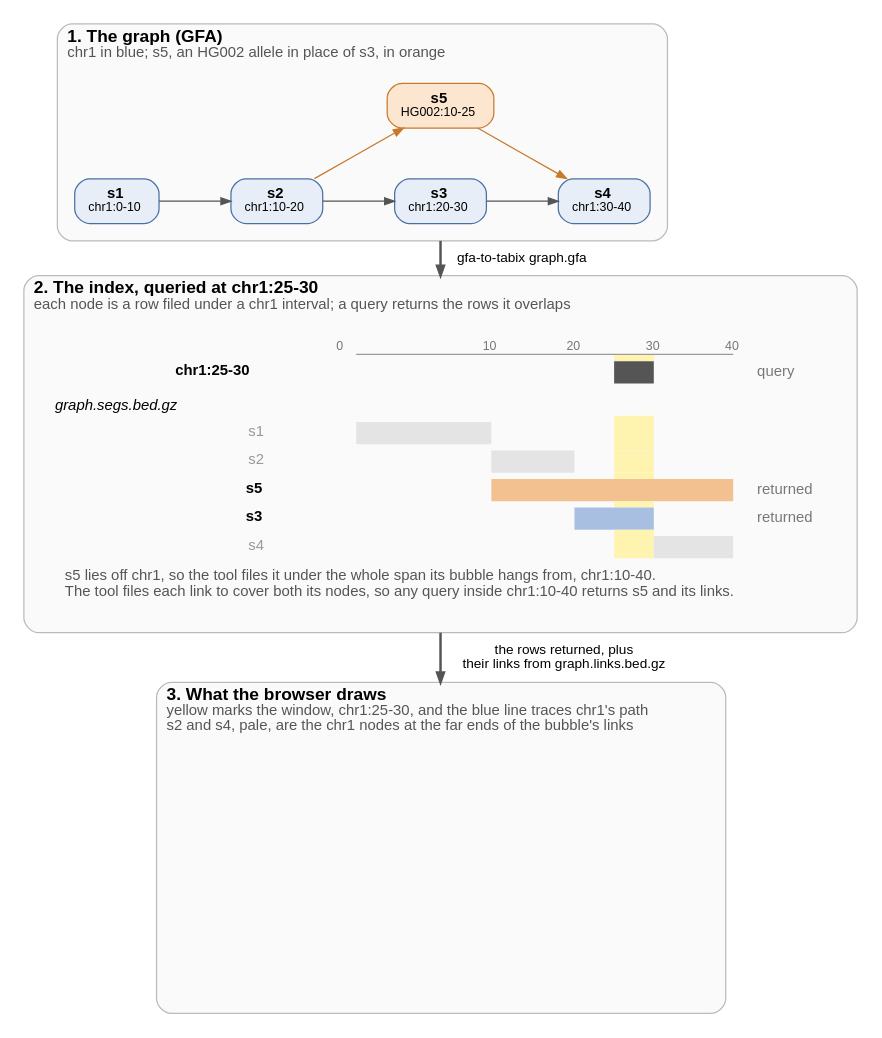
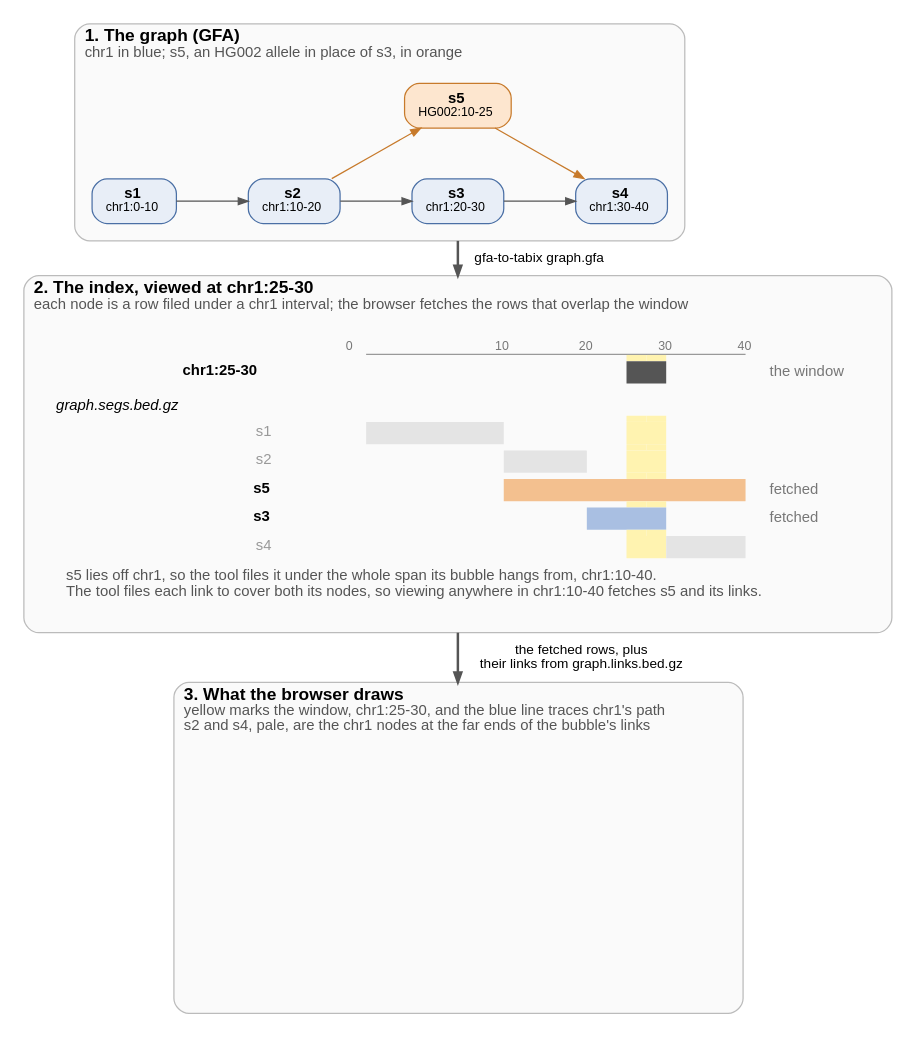
Before and after one commit to GMOD/gfa-to-tabix: the diagram in docs/figures/overview.dot, drawn with Graphviz. The commit also changed 5 other files, not shown here.

First line of the commit message:
Overview figures: say the browser fetches rows to view a window

```diff
--- a/docs/figures/overview.dot
+++ b/docs/figures/overview.dot
@@ -1,73 +1,73 @@
 // scripts/figures.py fills the marked rows from the tool's output and draws this figure
 digraph overview {
   bgcolor="white"
   fontname="Helvetica"
   newrank=true
   compound=true
   nodesep=0.4
   ranksep=0.55
   node [fontname="Helvetica", fontsize=12, shape=box, style="filled,rounded", fillcolor="#e8eef7", color="#4a6fa5", margin="0.15,0.06"]
   edge [fontname="Helvetica", fontsize=11, color="#555555", arrowsize=0.8]
 
   subgraph {
     graph [labeljust=l, fontsize=14, color="#bbbbbb", style="rounded,filled", fillcolor="#fafafa", margin=14]
 
     subgraph cluster_graph {
       label=<<B>1. The graph (GFA)</B><BR ALIGN="LEFT"/><FONT POINT-SIZE="12" COLOR="#555555">chr1 in blue; s5, an HG002 allele in place of s3, in orange</FONT><BR ALIGN="LEFT"/>>
       // begin graph
       s1 [label=<<B>s1</B><BR/><FONT POINT-SIZE="10">chr1:0-10</FONT>>]
       s2 [label=<<B>s2</B><BR/><FONT POINT-SIZE="10">chr1:10-20</FONT>>]
       s3 [label=<<B>s3</B><BR/><FONT POINT-SIZE="10">chr1:20-30</FONT>>]
       s4 [label=<<B>s4</B><BR/><FONT POINT-SIZE="10">chr1:30-40</FONT>>]
       s5 [label=<<B>s5</B><BR/><FONT POINT-SIZE="10">HG002:10-25</FONT>>, fillcolor="#fde6cf", color="#c77a2b"]
       {rank=same; s1; s2; s3; s4}
       s1 -> s2 [weight=20]
       s2 -> s3 [weight=20]
       s2 -> s5 [color="#c77a2b", constraint=false]
       s3 -> s4 [weight=20]
       s5 -> s4 [color="#c77a2b", constraint=false]
       s5 -> s3 [style=invis, weight=20]
       // end graph
     }
 
     subgraph cluster_query {
-      label=<<B>2. The index, queried at chr1:25-30</B><BR ALIGN="LEFT"/><FONT POINT-SIZE="12" COLOR="#555555">each node is a row filed under a chr1 interval; a query returns the rows it overlaps</FONT><BR ALIGN="LEFT"/>>
+      label=<<B>2. The index, viewed at chr1:25-30</B><BR ALIGN="LEFT"/><FONT POINT-SIZE="12" COLOR="#555555">each node is a row filed under a chr1 interval; the browser fetches the rows that overlap the window</FONT><BR ALIGN="LEFT"/>>
       hits [shape=plaintext, style="", label=<
         <TABLE BORDER="0" CELLBORDER="0" CELLSPACING="0" CELLPADDING="0">
           <!-- begin lanes -->
           <TR><TD></TD><TD WIDTH="16"></TD><TD WIDTH="16"></TD><TD WIDTH="16"></TD><TD WIDTH="16"></TD><TD WIDTH="16"></TD><TD WIDTH="16"></TD><TD WIDTH="16"></TD><TD WIDTH="16"></TD><TD WIDTH="16"></TD><TD WIDTH="16"></TD><TD WIDTH="16"></TD><TD WIDTH="16"></TD><TD WIDTH="16"></TD><TD WIDTH="16"></TD><TD WIDTH="16"></TD><TD WIDTH="16"></TD><TD WIDTH="16"></TD><TD WIDTH="16"></TD><TD></TD></TR>
           <TR><TD></TD><TD COLSPAN="2"><FONT POINT-SIZE="10" COLOR="#777777">0</FONT></TD><TD COLSPAN="2"></TD><TD COLSPAN="2"><FONT POINT-SIZE="10" COLOR="#777777">10</FONT></TD><TD COLSPAN="2"></TD><TD COLSPAN="2"><FONT POINT-SIZE="10" COLOR="#777777">20</FONT></TD><TD COLSPAN="2"></TD><TD COLSPAN="2"><FONT POINT-SIZE="10" COLOR="#777777">30</FONT></TD><TD COLSPAN="2"></TD><TD COLSPAN="2"><FONT POINT-SIZE="10" COLOR="#777777">40</FONT></TD><TD></TD></TR>
           <TR><TD HEIGHT="1"></TD><TD></TD><TD COLSPAN="16" BGCOLOR="#999999"></TD><TD></TD><TD></TD></TR>
           <TR><TD HEIGHT="5"></TD><TD></TD><TD></TD><TD></TD><TD></TD><TD></TD><TD></TD><TD></TD><TD></TD><TD></TD><TD></TD><TD></TD><TD BGCOLOR="#fff3b0"></TD><TD BGCOLOR="#fff3b0"></TD><TD></TD><TD></TD><TD></TD><TD></TD><TD></TD><TD></TD></TR>
-          <TR><TD ALIGN="RIGHT" HEIGHT="18"><B>chr1:25-30</B>  </TD><TD></TD><TD COLSPAN="10"></TD><TD COLSPAN="2" BGCOLOR="#555555"></TD><TD COLSPAN="4"></TD><TD></TD><TD ALIGN="LEFT"><FONT POINT-SIZE="12" COLOR="#777777">  query</FONT></TD></TR>
+          <TR><TD ALIGN="RIGHT" HEIGHT="18"><B>chr1:25-30</B>  </TD><TD></TD><TD COLSPAN="10"></TD><TD COLSPAN="2" BGCOLOR="#555555"></TD><TD COLSPAN="4"></TD><TD></TD><TD ALIGN="LEFT"><FONT POINT-SIZE="12" COLOR="#777777">  the window</FONT></TD></TR>
           <TR><TD COLSPAN="20" ALIGN="LEFT" HEIGHT="26" VALIGN="BOTTOM"><I>graph.segs.bed.gz</I></TD></TR>
           <TR><TD HEIGHT="5"></TD><TD></TD><TD></TD><TD></TD><TD></TD><TD></TD><TD></TD><TD></TD><TD></TD><TD></TD><TD></TD><TD></TD><TD BGCOLOR="#fff3b0"></TD><TD BGCOLOR="#fff3b0"></TD><TD></TD><TD></TD><TD></TD><TD></TD><TD></TD><TD></TD></TR>
           <TR><TD ALIGN="RIGHT" HEIGHT="18"><FONT COLOR="#999999">s1</FONT>  </TD><TD></TD><TD COLSPAN="4" BGCOLOR="#e4e4e4"></TD><TD COLSPAN="6"></TD><TD COLSPAN="2" BGCOLOR="#fff3b0"></TD><TD COLSPAN="4"></TD><TD></TD><TD ALIGN="LEFT"></TD></TR>
           <TR><TD HEIGHT="5"></TD><TD></TD><TD></TD><TD></TD><TD></TD><TD></TD><TD></TD><TD></TD><TD></TD><TD></TD><TD></TD><TD></TD><TD BGCOLOR="#fff3b0"></TD><TD BGCOLOR="#fff3b0"></TD><TD></TD><TD></TD><TD></TD><TD></TD><TD></TD><TD></TD></TR>
           <TR><TD ALIGN="RIGHT" HEIGHT="18"><FONT COLOR="#999999">s2</FONT>  </TD><TD></TD><TD COLSPAN="4"></TD><TD COLSPAN="4" BGCOLOR="#e4e4e4"></TD><TD COLSPAN="2"></TD><TD COLSPAN="2" BGCOLOR="#fff3b0"></TD><TD COLSPAN="4"></TD><TD></TD><TD ALIGN="LEFT"></TD></TR>
           <TR><TD HEIGHT="5"></TD><TD></TD><TD></TD><TD></TD><TD></TD><TD></TD><TD></TD><TD></TD><TD></TD><TD></TD><TD></TD><TD></TD><TD BGCOLOR="#fff3b0"></TD><TD BGCOLOR="#fff3b0"></TD><TD></TD><TD></TD><TD></TD><TD></TD><TD></TD><TD></TD></TR>
-          <TR><TD ALIGN="RIGHT" HEIGHT="18"><B>s5</B>  </TD><TD></TD><TD COLSPAN="4"></TD><TD COLSPAN="12" BGCOLOR="#f3c08f"></TD><TD></TD><TD ALIGN="LEFT"><FONT POINT-SIZE="12" COLOR="#777777">  returned</FONT></TD></TR>
+          <TR><TD ALIGN="RIGHT" HEIGHT="18"><B>s5</B>  </TD><TD></TD><TD COLSPAN="4"></TD><TD COLSPAN="12" BGCOLOR="#f3c08f"></TD><TD></TD><TD ALIGN="LEFT"><FONT POINT-SIZE="12" COLOR="#777777">  fetched</FONT></TD></TR>
           <TR><TD HEIGHT="5"></TD><TD></TD><TD></TD><TD></TD><TD></TD><TD></TD><TD></TD><TD></TD><TD></TD><TD></TD><TD></TD><TD></TD><TD BGCOLOR="#fff3b0"></TD><TD BGCOLOR="#fff3b0"></TD><TD></TD><TD></TD><TD></TD><TD></TD><TD></TD><TD></TD></TR>
-          <TR><TD ALIGN="RIGHT" HEIGHT="18"><B>s3</B>  </TD><TD></TD><TD COLSPAN="8"></TD><TD COLSPAN="4" BGCOLOR="#a9bfe2"></TD><TD COLSPAN="4"></TD><TD></TD><TD ALIGN="LEFT"><FONT POINT-SIZE="12" COLOR="#777777">  returned</FONT></TD></TR>
+          <TR><TD ALIGN="RIGHT" HEIGHT="18"><B>s3</B>  </TD><TD></TD><TD COLSPAN="8"></TD><TD COLSPAN="4" BGCOLOR="#a9bfe2"></TD><TD COLSPAN="4"></TD><TD></TD><TD ALIGN="LEFT"><FONT POINT-SIZE="12" COLOR="#777777">  fetched</FONT></TD></TR>
           <TR><TD HEIGHT="5"></TD><TD></TD><TD></TD><TD></TD><TD></TD><TD></TD><TD></TD><TD></TD><TD></TD><TD></TD><TD></TD><TD></TD><TD BGCOLOR="#fff3b0"></TD><TD BGCOLOR="#fff3b0"></TD><TD></TD><TD></TD><TD></TD><TD></TD><TD></TD><TD></TD></TR>
           <TR><TD ALIGN="RIGHT" HEIGHT="18"><FONT COLOR="#999999">s4</FONT>  </TD><TD></TD><TD COLSPAN="10"></TD><TD COLSPAN="2" BGCOLOR="#fff3b0"></TD><TD COLSPAN="4" BGCOLOR="#e4e4e4"></TD><TD></TD><TD ALIGN="LEFT"></TD></TR>
           <!-- end lanes -->
           <!-- begin caption -->
-          <TR><TD BORDER="0" CELLPADDING="8" COLSPAN="20" ALIGN="LEFT" BALIGN="LEFT"><FONT POINT-SIZE="12" COLOR="#555555">s5 lies off chr1, so the tool files it under the whole span its bubble hangs from, chr1:10-40.<BR/>The tool files each link to cover both its nodes, so any query inside chr1:10-40 returns s5 and its links.</FONT></TD></TR>
+          <TR><TD BORDER="0" CELLPADDING="8" COLSPAN="20" ALIGN="LEFT" BALIGN="LEFT"><FONT POINT-SIZE="12" COLOR="#555555">s5 lies off chr1, so the tool files it under the whole span its bubble hangs from, chr1:10-40.<BR/>The tool files each link to cover both its nodes, so viewing anywhere in chr1:10-40 fetches s5 and its links.</FONT></TD></TR>
           <!-- end caption -->
         </TABLE>>]
     }
 
     subgraph cluster_drawn {
       label=<<B>3. What the browser draws</B><BR ALIGN="LEFT"/><FONT POINT-SIZE="12" COLOR="#555555">yellow marks the window, chr1:25-30, and the blue line traces chr1's path<BR ALIGN="LEFT"/>s2 and s4, pale, are the chr1 nodes at the far ends of the bubble's links</FONT><BR ALIGN="LEFT"/>>
       // begin drawn
       drawn [shape=box, style="", color=transparent, label="", fixedsize=true, width=5.29, height=2.68]
       // end drawn
     }
   }
 
   // begin arrows
   s3 -> hits [ltail=cluster_graph, lhead=cluster_query, label="  gfa-to-tabix graph.gfa", penwidth=2]
-  hits -> drawn [ltail=cluster_query, lhead=cluster_drawn, label="  the rows returned, plus\n  their links from graph.links.bed.gz", penwidth=2]
+  hits -> drawn [ltail=cluster_query, lhead=cluster_drawn, label="  the fetched rows, plus\n  their links from graph.links.bed.gz", penwidth=2]
   // end arrows
 }
```
